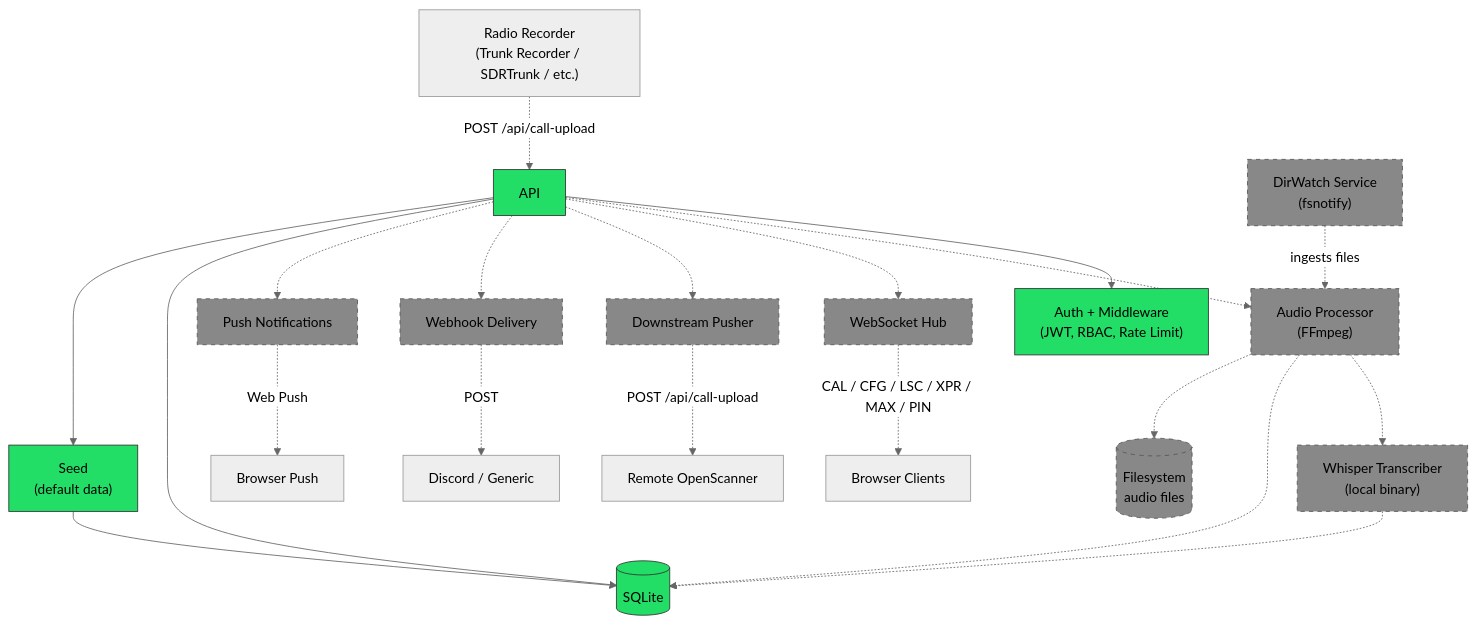
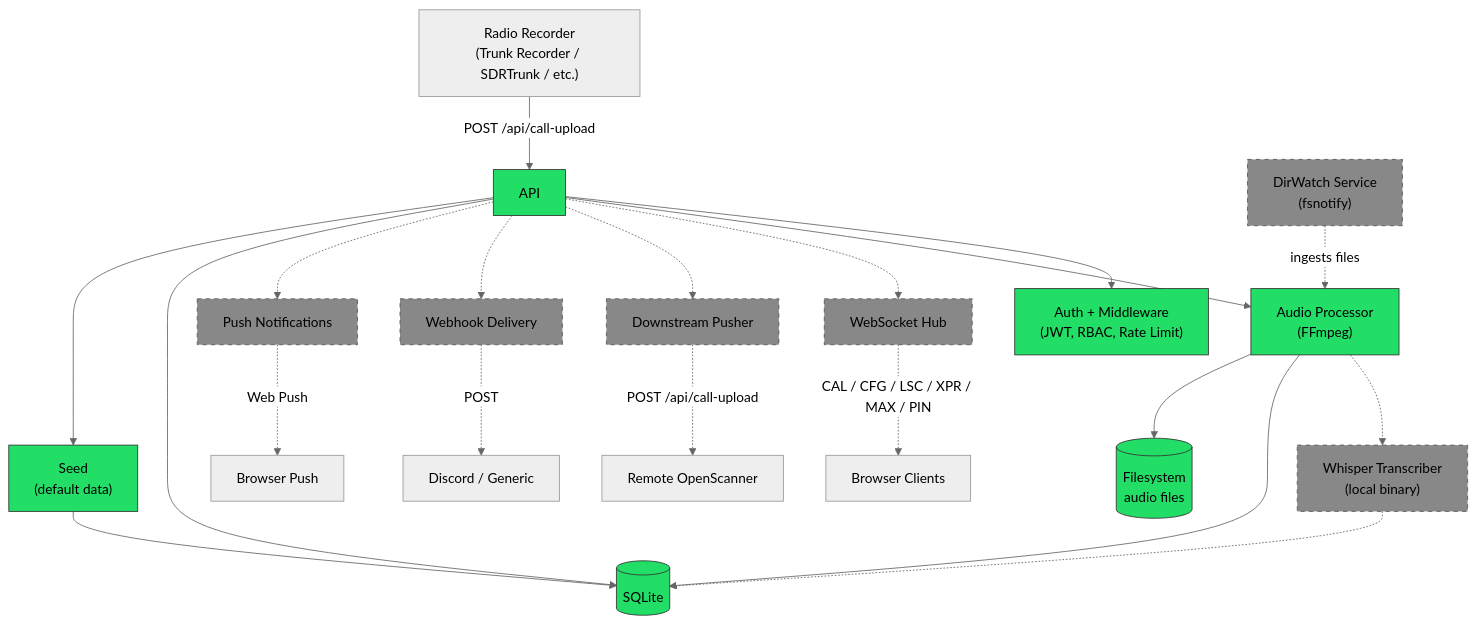
The diagram in docs/architecture.md (revtex/OpenScanner), drawn with Mermaid (neutral theme) before and after one commit. The commit also changed other lines of this file and 17 other files, not shown here.

````diff
--- a/docs/architecture.md
+++ b/docs/architecture.md
@@ -13,35 +13,35 @@
 ```mermaid
 graph TD
-    Recorder["Radio Recorder\n(Trunk Recorder / SDRTrunk / etc.)"] -.->|POST /api/call-upload| API
+    Recorder["Radio Recorder\n(Trunk Recorder / SDRTrunk / etc.)"] -->|POST /api/call-upload| API
     DirWatch["DirWatch Service\n(fsnotify)"] -.->|ingests files| Audio
     API --> Auth["Auth + Middleware\n(JWT, RBAC, Rate Limit)"]
-    API -.-> Audio["Audio Processor\n(FFmpeg)"]
+    API --> Audio["Audio Processor\n(FFmpeg)"]
     Audio -.-> Transcriber["Whisper Transcriber\n(local binary)"]
-    Audio -.-> DB[(SQLite)]
-    Audio -.-> FS[(Filesystem\naudio files)]
+    Audio --> DB[(SQLite)]
+    Audio --> FS[(Filesystem\naudio files)]
     Transcriber -.-> DB
     API -.-> Hub["WebSocket Hub"]
     Hub -.->|CAL / CFG / LSC / XPR / MAX / PIN| Listeners["Browser Clients"]
     API -.-> Downstream["Downstream Pusher"]
     Downstream -.->|POST /api/call-upload| RemoteInstance["Remote OpenScanner"]
     API -.-> Webhooks["Webhook Delivery"]
     Webhooks -.->|POST| External["Discord / Generic"]
     API -.-> Push["Push Notifications"]
     Push -.->|Web Push| Browser["Browser Push"]
     API --> DB
     API --> Seed["Seed\n(default data)"]
     Seed --> DB
 
     style API fill:#2d6,stroke:#333
     style Auth fill:#2d6,stroke:#333
     style DB fill:#2d6,stroke:#333
     style Seed fill:#2d6,stroke:#333
-    style Audio fill:#888,stroke:#555,stroke-dasharray: 5 5
+    style Audio fill:#2d6,stroke:#333
+    style FS fill:#2d6,stroke:#333
     style Hub fill:#888,stroke:#555,stroke-dasharray: 5 5
     style Transcriber fill:#888,stroke:#555,stroke-dasharray: 5 5
     style DirWatch fill:#888,stroke:#555,stroke-dasharray: 5 5
     style Downstream fill:#888,stroke:#555,stroke-dasharray: 5 5
     style Webhooks fill:#888,stroke:#555,stroke-dasharray: 5 5
     style Push fill:#888,stroke:#555,stroke-dasharray: 5 5
-    style FS fill:#888,stroke:#555,stroke-dasharray: 5 5
 ```
````
